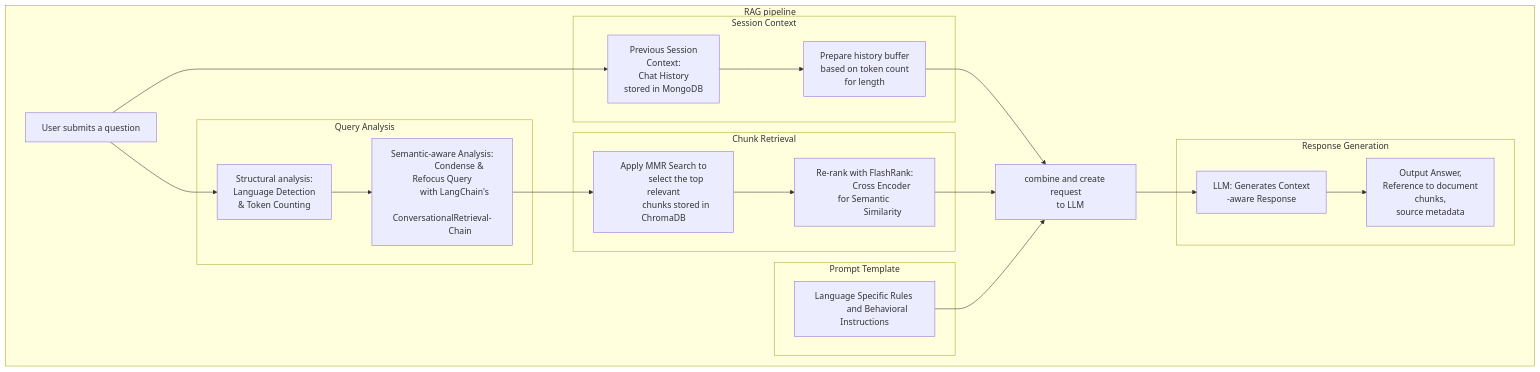
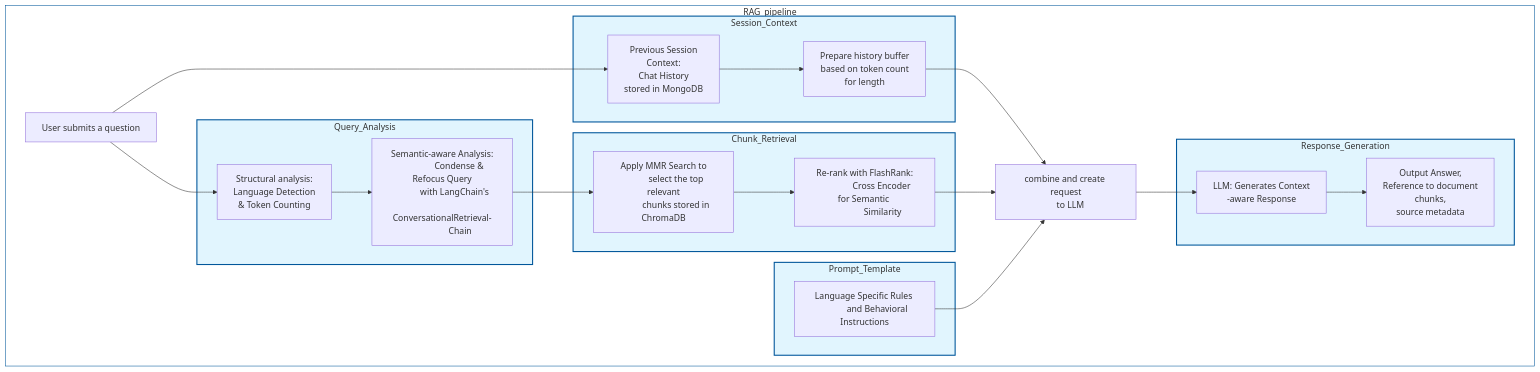
The diagram in documentation/rag-pipeline.mermaid (idilkara/ENS492-RAGDocumentManager), drawn with Mermaid before and after one commit.

```diff
--- a/documentation/rag-pipeline.mermaid
+++ b/documentation/rag-pipeline.mermaid
@@ -1,90 +1,100 @@
 flowchart TD
 
-subgraph RAG pipeline
+subgraph RAG_pipeline
 
     A[User submits a question] 
     A --> O         
     A --> B   
     M[combine and create request
     to LLM ] --> Z
     E --> M
     I --> M
     L --> M
     
 
-    subgraph Response Generation
+    subgraph Response_Generation
    
         Z[LLM: Generates Context
             -aware Response]
         Z --> N[Output Answer, 
                 Reference to document 
                 chunks,
                 source metadata
                 ]
         
     
     end 
 
-    subgraph Session Context
+    subgraph Session_Context
        
         O[Previous Session 
             Context:
             Chat History
             stored in MongoDB
             ] 
         
          O -->  E[Prepare history buffer
         based on token count 
         for length]
 
         
 
     end
 
 
 
-    subgraph Query Analysis
+    subgraph Query_Analysis
 
         B[Structural analysis: 
             Language Detection 
             & Token Counting]
 
         B --> C[Semantic-aware Analysis:
                 Condense & Refocus Query
             with LangChain's 
                 ConversationalRetrieval-
                 Chain
                 ]
 
 
     end
 
 
 
 
-    subgraph Chunk Retrieval        
+    subgraph Chunk_Retrieval
+
         C -->  H[Apply MMR Search to
             select the top relevant
             chunks stored in ChromaDB
-        ]
+            ]
 
         H --> I[Re-rank with FlashRank:
                 Cross Encoder for Semantic 
                 Similarity]
-        
 
-
-        
     end
 
 
-    subgraph Prompt Template
+    subgraph Prompt_Template
 
         L[Language Specific Rules 
             and Behavioral Instructions]
        
 
     end
 
 
 end
+
+    
+    %% Styling
+
+    classDef outer fill:#ffffff,stroke:#01579b,stroke-width:1px
+
+    classDef blue fill:#e1f5fe,stroke:#01579b,stroke-width:2px
+
+    class RAG_pipeline outer
+    class Response_Generation blue
+    class Chunk_Retrieval blue
+    class Session_Context,Query_Analysis,Prompt_Template blue
```
